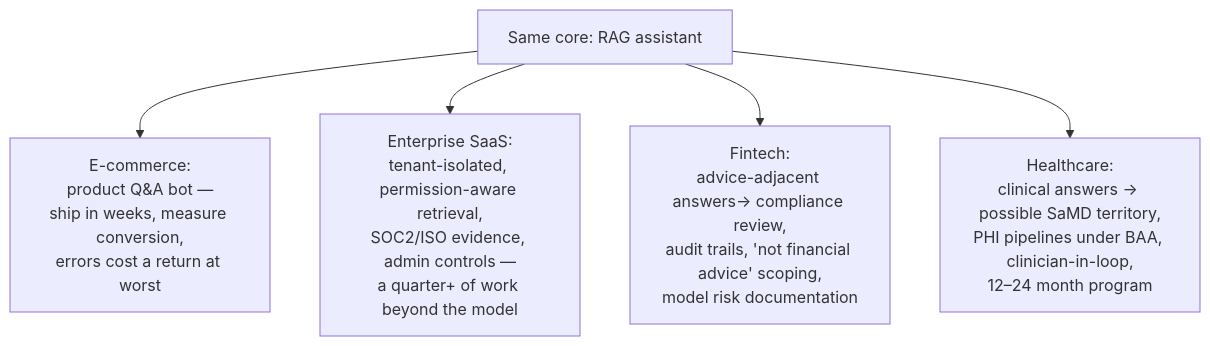
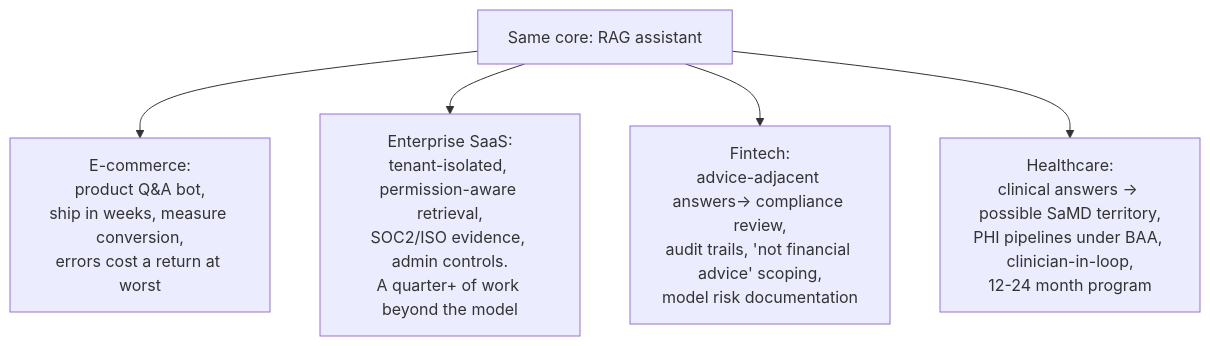
One commit to sugirdadinakar/AI-for-Product-Managers changed the diagram in 05-domains/README.md. Above: the diagram before and after it, drawn with Mermaid. The commit also changed other lines of this file and 59 other files, not shown here.

````diff
--- a/05-domains/README.md
+++ b/05-domains/README.md
@@ -23,7 +23,7 @@
 ```mermaid
 flowchart TD
-    A["Same core: RAG assistant"] --> B["E-commerce:<br/>product Q&A bot —<br/>ship in weeks, measure conversion,<br/>errors cost a return at worst"]
-    A --> C["Enterprise SaaS:<br/>tenant-isolated, permission-aware retrieval,<br/>SOC2/ISO evidence, admin controls —<br/>a quarter+ of work beyond the model"]
+    A["Same core: RAG assistant"] --> B["E-commerce:<br/>product Q&A bot,<br/>ship in weeks, measure conversion,<br/>errors cost a return at worst"]
+    A --> C["Enterprise SaaS:<br/>tenant-isolated, permission-aware retrieval,<br/>SOC2/ISO evidence, admin controls.<br/>A quarter+ of work beyond the model"]
     A --> D["Fintech:<br/>advice-adjacent answers→ compliance review,<br/>audit trails, 'not financial advice' scoping,<br/>model risk documentation"]
-    A --> E["Healthcare:<br/>clinical answers → possible SaMD territory,<br/>PHI pipelines under BAA, clinician-in-loop,<br/>12–24 month program"]
+    A --> E["Healthcare:<br/>clinical answers → possible SaMD territory,<br/>PHI pipelines under BAA, clinician-in-loop,<br/>12-24 month program"]
 ```
````
